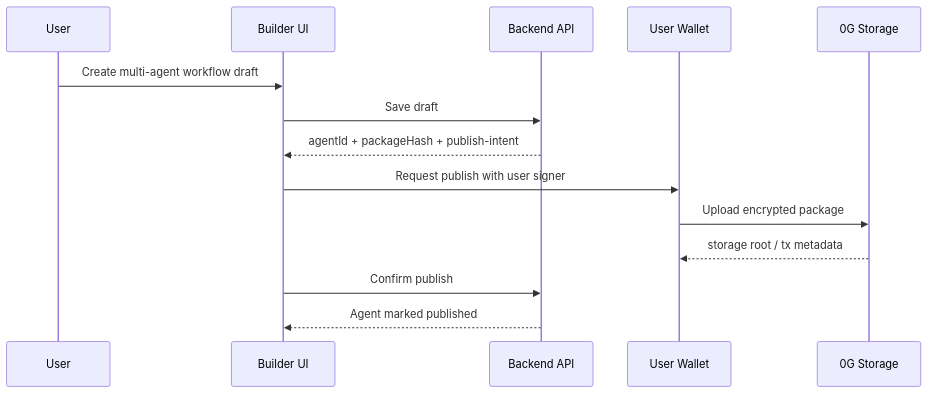
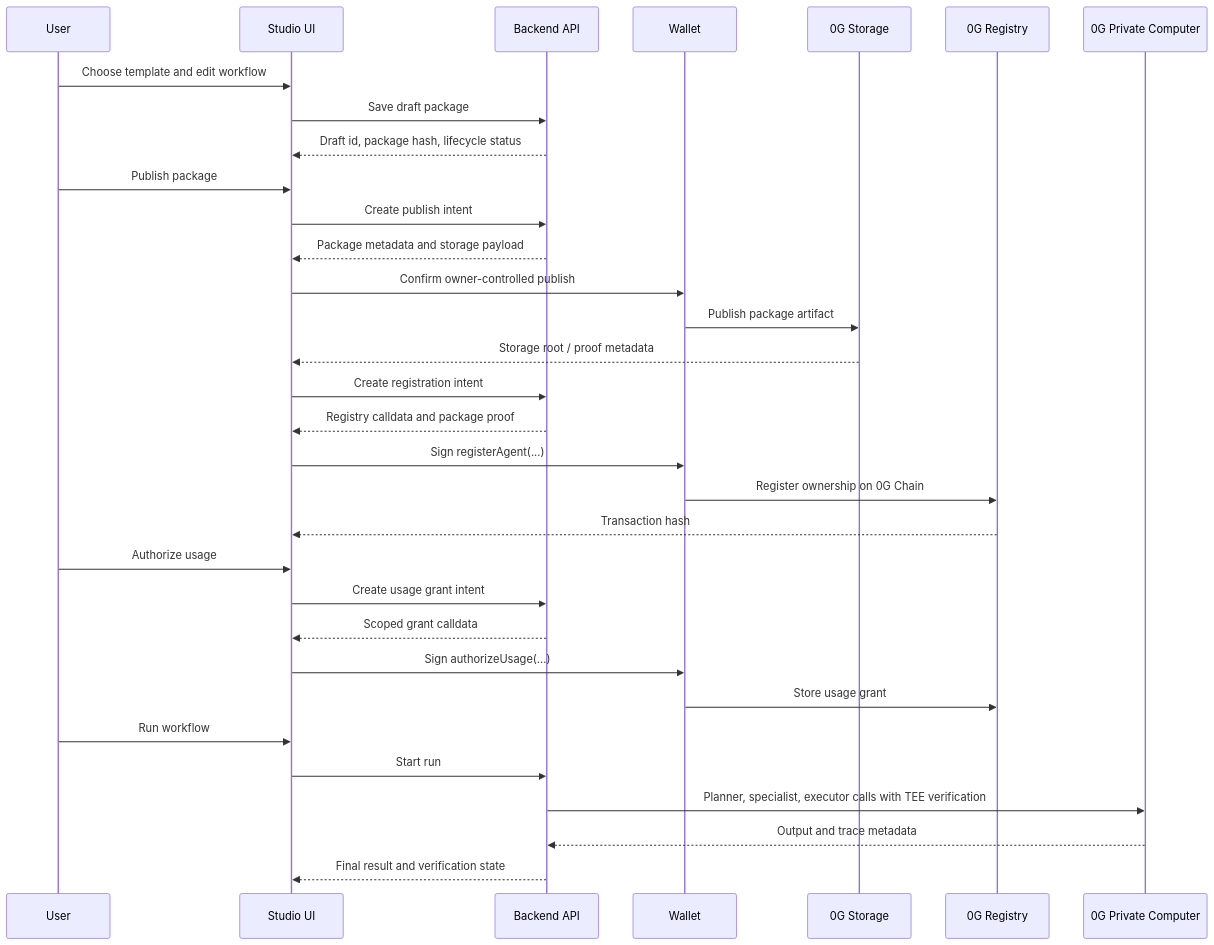
One commit to N-45div/Private-Agent-Studio changed the second of 3 diagrams in ARCHITECTURE.md. Above: the diagram before and after it, drawn with Mermaid. The commit also changed other lines of this file and 1 other file, not shown here.

Commit message:
docs: polish product story and architecture

````diff
--- a/ARCHITECTURE.md
+++ b/ARCHITECTURE.md
@@ -86,17 +58,39 @@
 ```mermaid
 sequenceDiagram
     participant User
-    participant UI as Builder UI
+    participant UI as Studio UI
     participant API as Backend API
-    participant Wallet as User Wallet
-    participant Store as 0G Storage
+    participant Wallet
+    participant Storage as 0G Storage
+    participant Registry as 0G Registry
+    participant Compute as 0G Private Computer
 
-    User->>UI: Create multi-agent workflow draft
-    UI->>API: Save draft
-    API-->>UI: agentId + packageHash + publish-intent
-    UI->>Wallet: Request publish with user signer
-    Wallet->>Store: Upload encrypted package
-    Store-->>Wallet: storage root / tx metadata
-    UI->>API: Confirm publish
-    API-->>UI: Agent marked published
+    User->>UI: Choose template and edit workflow
+    UI->>API: Save draft package
+    API-->>UI: Draft id, package hash, lifecycle status
+
+    User->>UI: Publish package
+    UI->>API: Create publish intent
+    API-->>UI: Package metadata and storage payload
+    UI->>Wallet: Confirm owner-controlled publish
+    Wallet->>Storage: Publish package artifact
+    Storage-->>UI: Storage root / proof metadata
+
+    UI->>API: Create registration intent
+    API-->>UI: Registry calldata and package proof
+    UI->>Wallet: Sign registerAgent(...)
+    Wallet->>Registry: Register ownership on 0G Chain
+    Registry-->>UI: Transaction hash
+
+    User->>UI: Authorize usage
+    UI->>API: Create usage grant intent
+    API-->>UI: Scoped grant calldata
+    UI->>Wallet: Sign authorizeUsage(...)
+    Wallet->>Registry: Store usage grant
+
+    User->>UI: Run workflow
+    UI->>API: Start run
+    API->>Compute: Planner, specialist, executor calls with TEE verification
+    Compute-->>API: Output and trace metadata
+    API-->>UI: Final result and verification state
 ```
````
